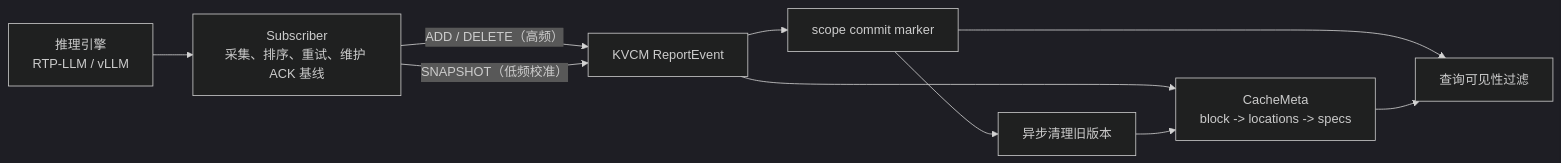
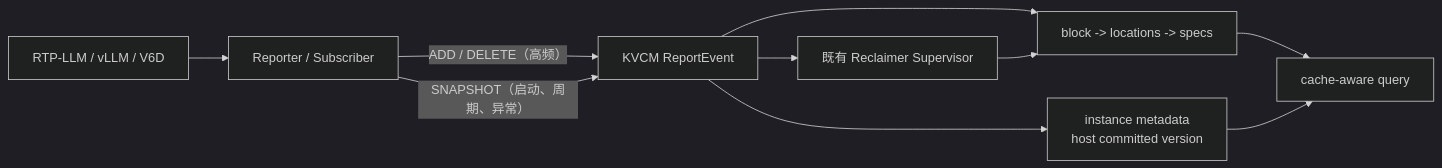
The first of 2 diagrams in docs/design/report_event_snapshot_uri_version.md (putaopi7/tair-kvcache), drawn with Mermaid (dark theme) before and after one commit. The commit also changed other lines of this file, not shown here.

Commit message:
docs: simplify ReportEvent snapshot reconciliation

````diff
--- a/docs/design/report_event_snapshot_uri_version.md
+++ b/docs/design/report_event_snapshot_uri_version.md
@@ -27,12 +44,12 @@
 ```mermaid
 flowchart LR
-    Engine["推理引擎<br/>RTP-LLM / vLLM"] --> Subscriber["Subscriber<br/>采集、排序、重试、维护 ACK 基线"]
-    Subscriber -->|"ADD / DELETE（高频）"| ReportEvent["KVCM ReportEvent"]
-    Subscriber -->|"SNAPSHOT（低频校准）"| ReportEvent
-    ReportEvent --> Meta["CacheMeta<br/>block -> locations -> specs"]
-    ReportEvent --> Version["scope commit marker"]
-    Version --> Query["查询可见性过滤"]
-    Meta --> Query
-    Version --> Cleanup["异步清理旧版本"]
-    Cleanup --> Meta
+    Engine["RTP-LLM / vLLM / V6D"] --> Adapter["Reporter / Subscriber"]
+    Adapter -->|"ADD / DELETE（高频）"| ReportEvent["KVCM ReportEvent"]
+    Adapter -->|"SNAPSHOT（启动、周期、异常）"| ReportEvent
+    ReportEvent --> Meta["block -> locations -> specs"]
+    ReportEvent --> Version["instance metadata<br/>host committed version"]
+    Meta --> Query["cache-aware query"]
+    Version --> Query
+    ReportEvent --> Reclaimer["既有 Reclaimer Supervisor"]
+    Reclaimer --> Meta
 ```
````
